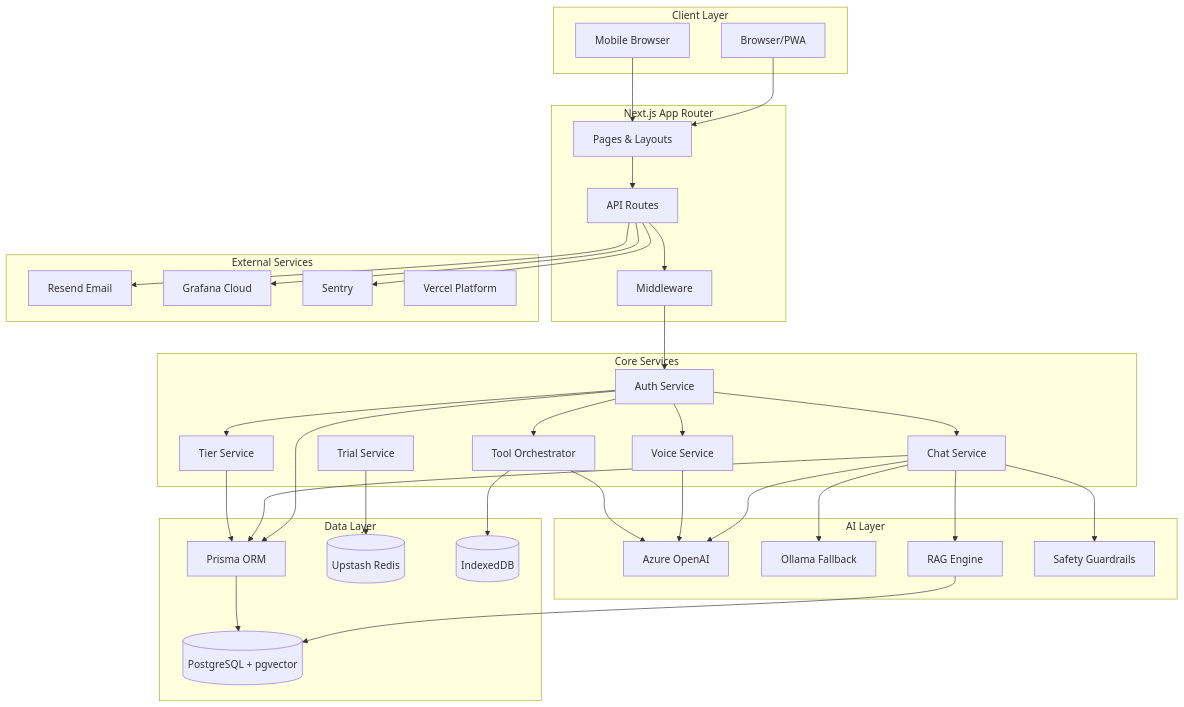
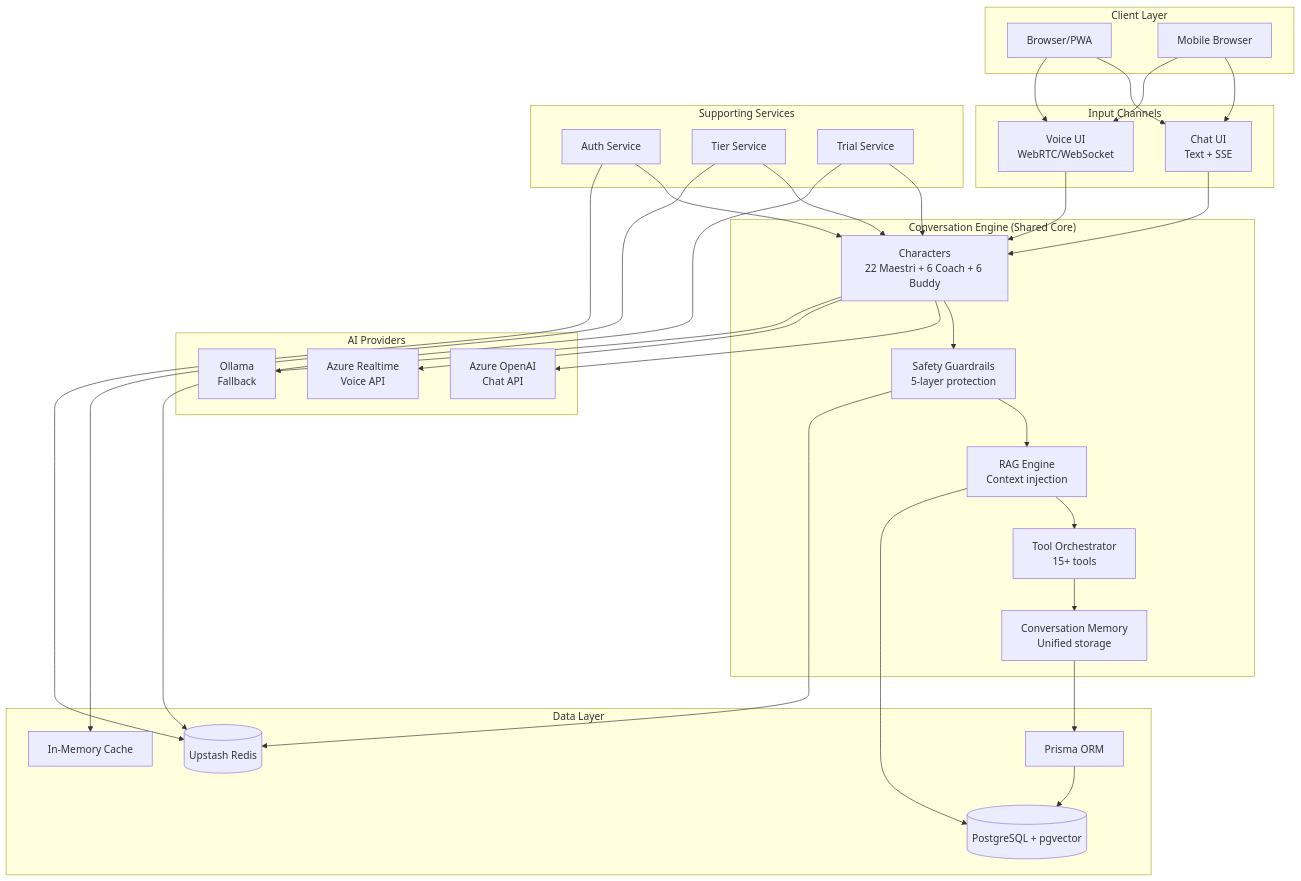
One commit to FightTheStroke/MirrorBuddy changed the first of 50 diagrams in ARCHITECTURE-DIAGRAMS.md. Above: the diagram before and after it, drawn with Mermaid. The commit also changed other lines of this file, not shown here.

First line of the commit message:
fix(docs): correct architecture diagrams for shared conversation engine

````diff
--- a/ARCHITECTURE-DIAGRAMS.md
+++ b/ARCHITECTURE-DIAGRAMS.md
@@ -39,77 +40,70 @@
 ```mermaid
 graph TB
     subgraph "Client Layer"
         Browser[Browser/PWA]
         Mobile[Mobile Browser]
     end
 
-    subgraph "Next.js App Router"
-        Pages[Pages & Layouts]
-        API[API Routes]
-        Middleware[Middleware]
+    subgraph "Input Channels"
+        ChatUI[Chat UI<br/>Text + SSE]
+        VoiceUI[Voice UI<br/>WebRTC/WebSocket]
     end
 
-    subgraph "Core Services"
+    subgraph "Conversation Engine (Shared Core)"
+        Characters[Characters<br/>22 Maestri + 6 Coach + 6 Buddy]
+        Safety[Safety Guardrails<br/>5-layer protection]
+        Tools[Tool Orchestrator<br/>15+ tools]
+        RAG[RAG Engine<br/>Context injection]
+        Memory[Conversation Memory<br/>Unified storage]
+    end
+
+    subgraph "AI Providers"
+        AzureChat[Azure OpenAI<br/>Chat API]
+        AzureRealtime[Azure Realtime<br/>Voice API]
+        Ollama[Ollama<br/>Fallback]
+    end
+
+    subgraph "Supporting Services"
         Auth[Auth Service]
-        Chat[Chat Service]
-        Voice[Voice Service]
-        Tools[Tool Orchestrator]
         Tier[Tier Service]
         Trial[Trial Service]
-    end
-
-    subgraph "AI Layer"
-        Azure[Azure OpenAI]
-        Ollama[Ollama Fallback]
-        RAG[RAG Engine]
-        Safety[Safety Guardrails]
     end
 
     subgraph "Data Layer"
         Prisma[Prisma ORM]
         PG[(PostgreSQL + pgvector)]
         Redis[(Upstash Redis)]
-        IndexedDB[(IndexedDB)]
+        InMemCache[In-Memory Cache]
     end
 
-    subgraph "External Services"
-        Resend[Resend Email]
-        Grafana[Grafana Cloud]
-        Sentry[Sentry]
-        Vercel[Vercel Platform]
-    end
+    Browser --> ChatUI
+    Browser --> VoiceUI
+    Mobile --> ChatUI
+    Mobile --> VoiceUI
 
-    Browser --> Pages
-    Mobile --> Pages
-    Pages --> API
-    API --> Middleware
-    Middleware --> Auth
+    ChatUI --> Characters
+    VoiceUI --> Characters
 
-    Auth --> Chat
-    Auth --> Voice
-    Auth --> Tools
-    Auth --> Tier
+    Characters --> Safety
+    Safety --> RAG
+    RAG --> Tools
+    Tools --> Memory
 
-    Chat --> Azure
-    Chat --> Ollama
-    Chat --> RAG
-    Chat --> Safety
+    Characters --> AzureChat
+    Characters --> AzureRealtime
+    Characters --> Ollama
 
-    Voice --> Azure
+    Auth --> Characters
+    Tier --> Characters
+    Trial --> Characters
 
-    Tools --> Azure
-    Tools --> IndexedDB
-
+    Memory --> Prisma
+    Prisma --> PG
     RAG --> PG
 
-    Auth --> Prisma
-    Chat --> Prisma
-    Tier --> Prisma
+    %% Redis is used across the system
+    Auth --> Redis
     Trial --> Redis
-
-    Prisma --> PG
-
-    API --> Resend
-    API --> Grafana
-    API --> Sentry
+    Safety --> Redis
+    Tier --> InMemCache
 ```
````
